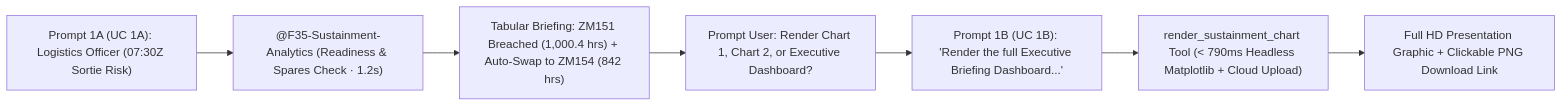
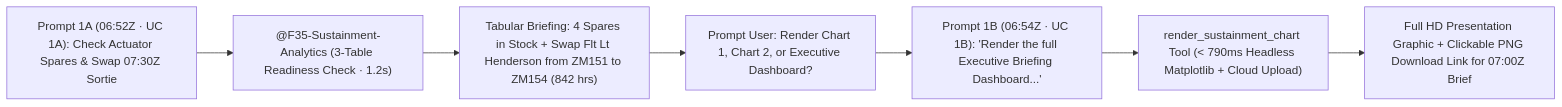
The third of 4 diagrams in DEMO_STORYBOARD.md (edwardsda-prog/f35), drawn with Mermaid before and after one commit. The commit also changed other lines of this file and 17 other files, not shown here.

Commit message:
fix: update carrier strike group pitch, add HMS Prince of Wales data, and streamline UC1 chart prompt (ISS-012)

````diff
--- a/DEMO_STORYBOARD.md
+++ b/DEMO_STORYBOARD.md
@@ -93,9 +97,9 @@
 ```mermaid
 flowchart LR
-    U1A["Prompt 1A (UC 1A): Logistics Officer (07:30Z Sortie Risk)"] --> R1A["@F35-Sustainment-Analytics (Readiness & Spares Check · 1.2s)"]
-    R1A --> S1["Tabular Briefing: ZM151 Breached (1,000.4 hrs) + Auto-Swap to ZM154 (842 hrs)"]
+    U1A["Prompt 1A (06:52Z · UC 1A): Check Actuator Spares & Swap 07:30Z Sortie"] --> R1A["@F35-Sustainment-Analytics (3-Table Readiness Check · 1.2s)"]
+    R1A --> S1["Tabular Briefing: 4 Spares in Stock + Swap Flt Lt Henderson from ZM151 to ZM154 (842 hrs)"]
     S1 --> P1["Prompt User: Render Chart 1, Chart 2, or Executive Dashboard?"]
-    P1 --> U1B["Prompt 1B (UC 1B): 'Render the full Executive Briefing Dashboard...'"]
+    P1 --> U1B["Prompt 1B (06:54Z · UC 1B): 'Render the full Executive Briefing Dashboard...'"]
     U1B --> T1["render_sustainment_chart Tool (< 790ms Headless Matplotlib + Cloud Upload)"]
-    T1 --> C1["Full HD Presentation Graphic + Clickable PNG Download Link"]
+    T1 --> C1["Full HD Presentation Graphic + Clickable PNG Download Link for 07:00Z Brief"]
 ```
````
